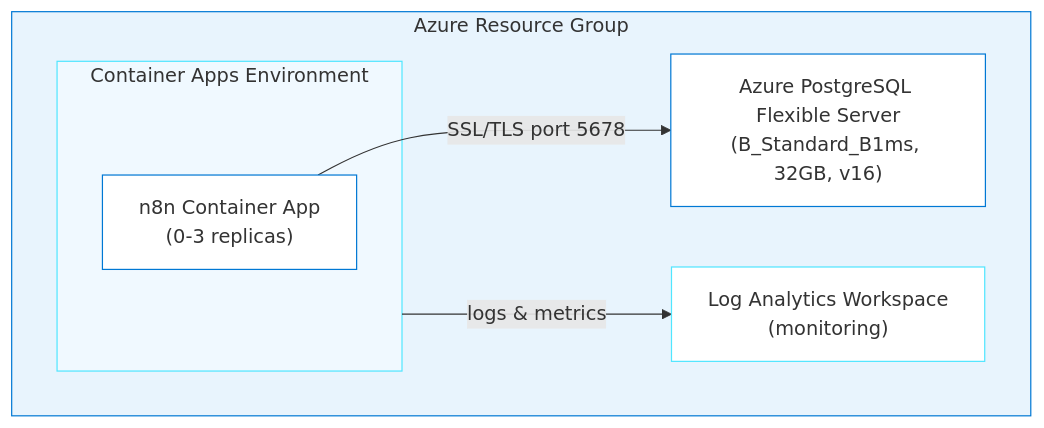
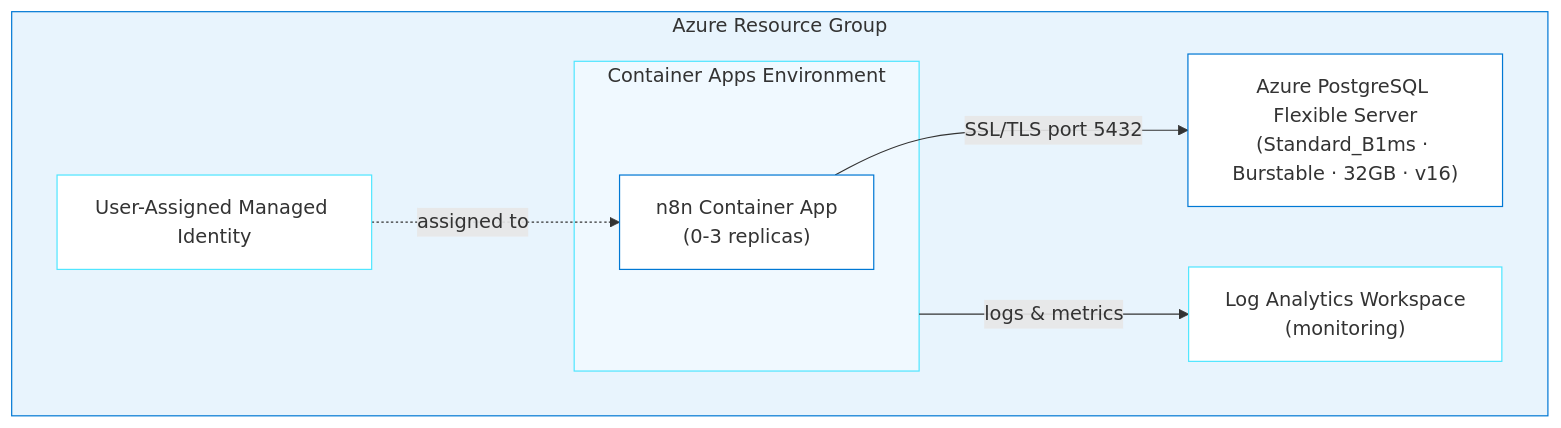
Before and after one commit to DanWahlin/github-azure-agentic-journeys: the diagram in journeys/n8n/README.md, drawn with Mermaid. The commit also changed other lines of this file and 21 other files, not shown here.

````diff
--- a/journeys/n8n/README.md
+++ b/journeys/n8n/README.md
@@ -65,19 +65,22 @@
 ```mermaid
 graph TB
     subgraph RG["Azure Resource Group"]
         subgraph CAE["Container Apps Environment"]
             N8N["n8n Container App<br/>(0-3 replicas)"]
         end
         LA["Log Analytics Workspace<br/>(monitoring)"]
-        PG["Azure PostgreSQL Flexible Server<br/>(B_Standard_B1ms, 32GB, v16)"]
+        PG["Azure PostgreSQL Flexible Server<br/>(Standard_B1ms · Burstable · 32GB · v16)"]
+        MI["User-Assigned Managed Identity"]
     end
 
     CAE -->|logs & metrics| LA
-    N8N -->|SSL/TLS port 5678| PG
+    N8N -->|SSL/TLS port 5432| PG
+    MI -.->|assigned to| N8N
 
     style RG fill:#e8f4fd,stroke:#0078D4
     style CAE fill:#f0f9ff,stroke:#50e6ff
     style N8N fill:#fff,stroke:#0078D4
     style LA fill:#fff,stroke:#50e6ff
     style PG fill:#fff,stroke:#0078D4
+    style MI fill:#fff,stroke:#50e6ff
 ```
````
